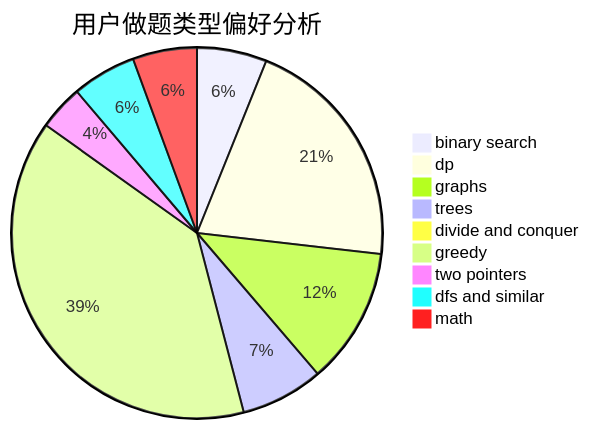
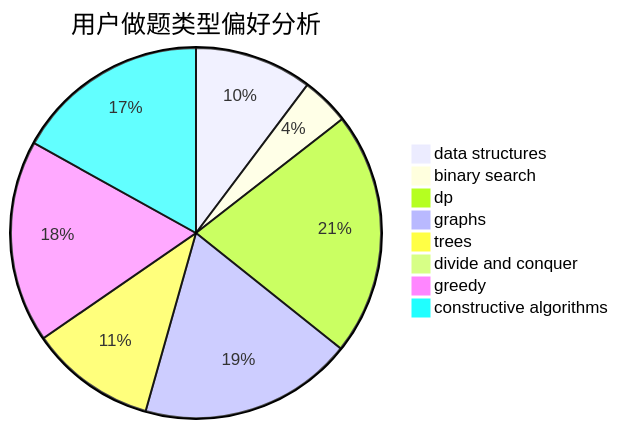
Before and after one commit to sherpahu/cfrs.github.io: the second of 3 diagrams in docs/user/u783.md, drawn with Mermaid. The commit also changed other lines of this file and 2775 other files, not shown here.

````diff
--- a/docs/user/u783.md
+++ b/docs/user/u783.md
@@ -23,12 +23,11 @@
 ```mermaid
 pie title 用户做题类型偏好分析
-    "binary search" :  87
-    "dp" :  296
-    "graphs" :  170
-    "trees" :  103
+    "data structures" :  83
+    "binary search" :  34
+    "dp" :  172
+    "graphs" :  151
+    "trees" :  89
     "divide and conquer" :  7
-    "greedy" :  556
-    "two pointers" :  56
-    "dfs and similar" :  80
-    "math" :  80
+    "greedy" :  143
+    "constructive algorithms" :  137
 ```
````
